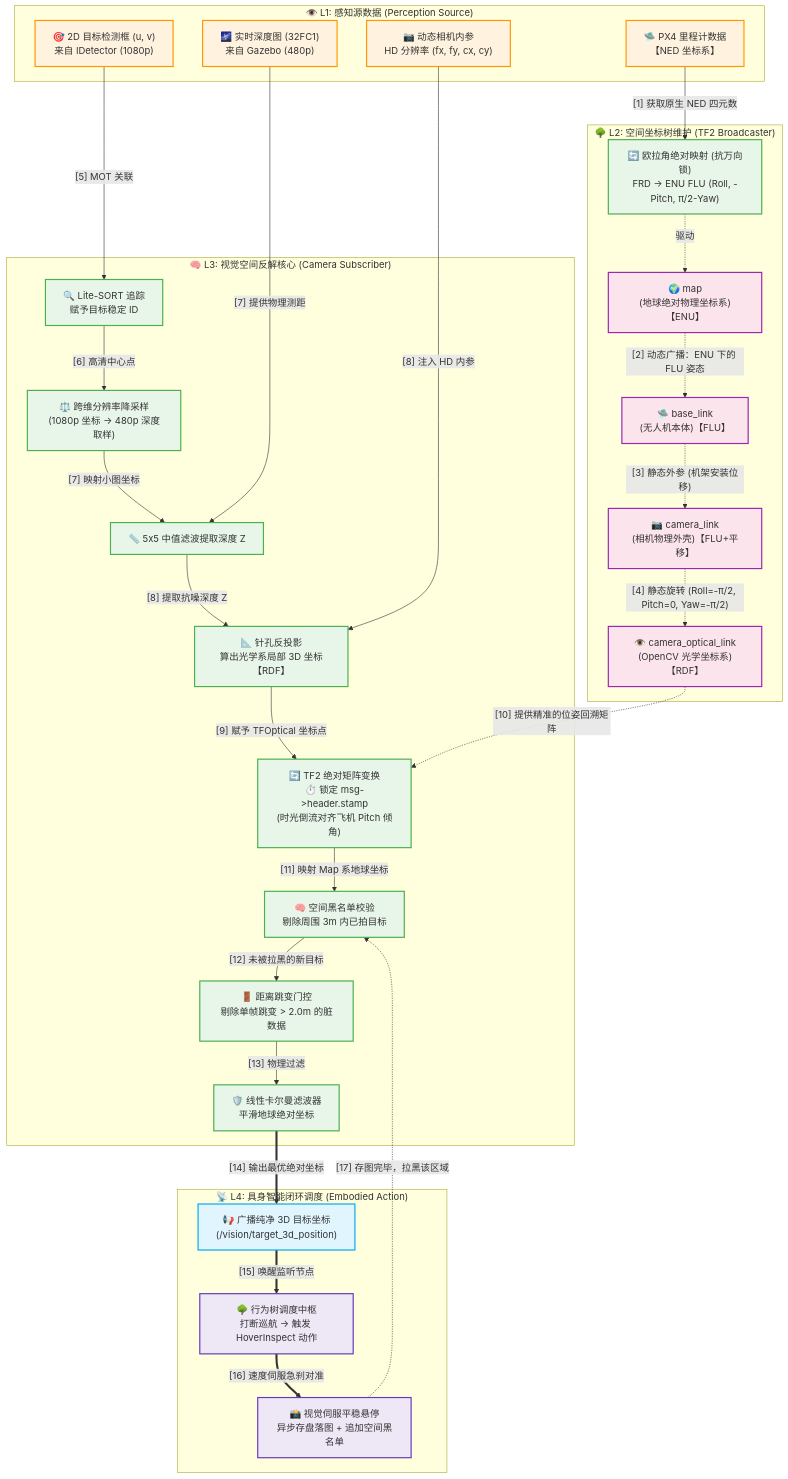
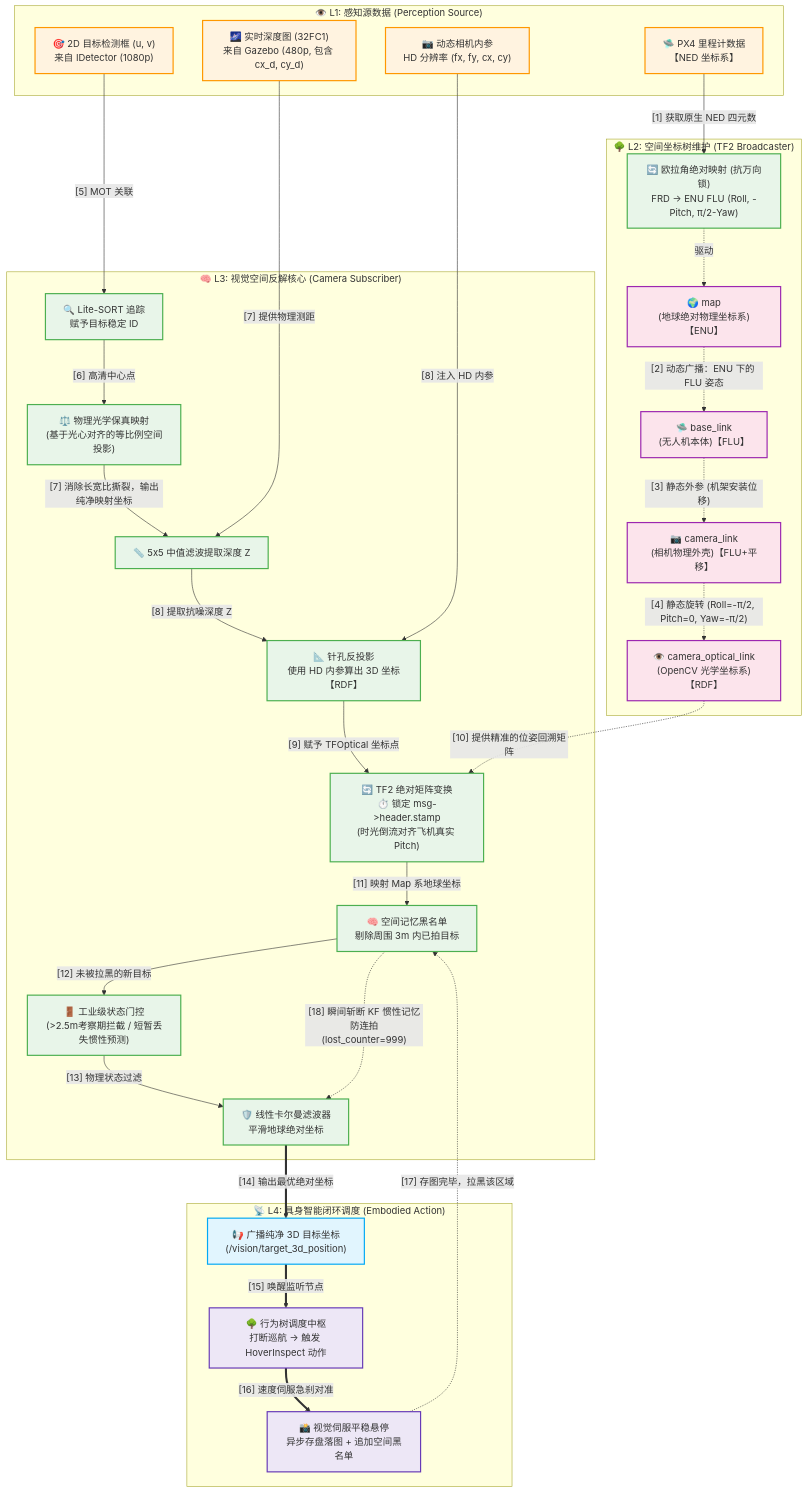
Before and after one commit to xinfangshi/uav_inspection_ros2: the fourth of 5 diagrams in README.md, drawn with Mermaid. The commit also changed other lines of this file and 3 other files, not shown here.

````diff
--- a/README.md
+++ b/README.md
@@ -147,68 +147,69 @@
 ```mermaid
 graph TD
     classDef data fill:#fff3e0,stroke:#ff9800,stroke-width:2px;
     classDef algo fill:#e8f5e9,stroke:#4caf50,stroke-width:2px;
     classDef tf fill:#fce4ec,stroke:#9c27b0,stroke-width:2px;
     classDef ros fill:#e1f5fe,stroke:#03a9f4,stroke-width:2px;
     classDef bt fill:#ede7f6,stroke:#673ab7,stroke-width:2px;
 
     subgraph "👁️ L1: 感知源数据 (Perception Source)"
         BBox["🎯 2D 目标检测框 (u, v)<br>来自 IDetector (1080p)"]:::data
-        DepthMap["🌌 实时深度图 (32FC1)<br>来自 Gazebo (480p)"]:::data
+        DepthMap["🌌 实时深度图 (32FC1)<br>来自 Gazebo (480p, 包含 cx_d, cy_d)"]:::data
         CamInfo["📷 动态相机内参<br>HD 分辨率 (fx, fy, cx, cy)"]:::data
         PX4Odom["🛸 PX4 里程计数据<br>【NED 坐标系】"]:::data
     end
 
     subgraph "🌳 L2: 空间坐标树维护 (TF2 Broadcaster)"
         NED2ENU["🔄 欧拉角绝对映射 (抗万向锁)<br>FRD → ENU FLU (Roll, -Pitch, π/2-Yaw)"]:::algo
         TFMap["🌍 map<br>(地球绝对物理坐标系)【ENU】"]:::tf
         TFBase["🛸 base_link<br>(无人机本体)【FLU】"]:::tf
         TFCamera["📷 camera_link<br>(相机物理外壳)【FLU+平移】"]:::tf
         TFOptical["👁️ camera_optical_link<br>(OpenCV 光学坐标系)【RDF】"]:::tf
         
         PX4Odom -->|"[1] 获取原生 NED 四元数"| NED2ENU
         
         TFMap -.->|"[2] 动态广播：ENU 下的 FLU 姿态"| TFBase
         NED2ENU -.->|"驱动"| TFMap
         
         TFBase -.->|"[3] 静态外参 (机架安装位移)"| TFCamera
         TFCamera -.->|"[4] 静态旋转 (Roll=-π/2, Pitch=0, Yaw=-π/2)"| TFOptical
     end
 
     subgraph "🧠 L3: 视觉空间反解核心 (Camera Subscriber)"
         LiteSORT["🔍 Lite-SORT 追踪<br>赋予目标稳定 ID"]:::algo
-        Rescale["⚖️ 跨维分辨率降采样<br>(1080p 坐标 → 480p 深度取样)"]:::algo
+        Rescale["⚖️ 物理光学保真映射<br>(基于光心对齐的等比例空间投影)"]:::algo
         MedianFilter["📏 5x5 中值滤波提取深度 Z"]:::algo
-        Pinhole["📐 针孔反投影<br>算出光学系局部 3D 坐标【RDF】"]:::algo
-        Transform["🔄 TF2 绝对矩阵变换<br>⏱️ 锁定 msg->header.stamp<br>(时光倒流对齐飞机 Pitch 倾角)"]:::algo
-        Blacklist["🧠 空间黑名单校验<br>剔除周围 3m 内已拍目标"]:::algo
-        Gating["🚪 距离跳变门控<br>剔除单帧跳变 > 2.0m 的脏数据"]:::algo
+        Pinhole["📐 针孔反投影<br>使用 HD 内参算出 3D 坐标【RDF】"]:::algo
+        Transform["🔄 TF2 绝对矩阵变换<br>⏱️ 锁定 msg->header.stamp<br>(时光倒流对齐飞机真实 Pitch)"]:::algo
+        Blacklist["🧠 空间记忆黑名单<br>剔除周围 3m 内已拍目标"]:::algo
+        Gating["🚪 工业级状态门控<br>(>2.5m考察期拦截 / 短暂丢失惯性预测)"]:::algo
         Kalman["🛡️ 线性卡尔曼滤波器<br>平滑地球绝对坐标"]:::algo
         
         BBox -->|"[5] MOT 关联"| LiteSORT
         LiteSORT -->|"[6] 高清中心点"| Rescale
-        Rescale -->|"[7] 映射小图坐标"| MedianFilter
+        Rescale -->|"[7] 消除长宽比撕裂，输出纯净映射坐标"| MedianFilter
         DepthMap -->|"[7] 提供物理测距"| MedianFilter
         
         MedianFilter -->|"[8] 提取抗噪深度 Z"| Pinhole
         CamInfo -->|"[8] 注入 HD 内参"| Pinhole
         
         Pinhole -->|"[9] 赋予 TFOptical 坐标点"| Transform
         TFOptical -.->|"[10] 提供精准的位姿回溯矩阵"| Transform
         
         Transform -->|"[11] 映射 Map 系地球坐标"| Blacklist
         Blacklist -->|"[12] 未被拉黑的新目标"| Gating
-        Gating -->|"[13] 物理过滤"| Kalman
+        Gating -->|"[13] 物理状态过滤"| Kalman
     end
 
     subgraph "📡 L4: 具身智能闭环调度 (Embodied Action)"
         Pub["📢 广播纯净 3D 目标坐标<br>(/vision/target_3d_position)"]:::ros
         BTNode["🌳 行为树调度中枢<br>打断巡航 -> 触发 HoverInspect 动作"]:::bt
         Snap["📸 视觉伺服平稳悬停<br>异步存盘落图 + 追加空间黑名单"]:::bt
         
         Kalman ==>|"[14] 输出最优绝对坐标"| Pub
         Pub ==>|"[15] 唤醒监听节点"| BTNode
         BTNode ==>|"[16] 速度伺服急刹对准"| Snap
         Snap -.->|"[17] 存图完毕，拉黑该区域"| Blacklist
+        Blacklist -.->|"[18] 瞬间斩断 KF 惯性记忆防连拍<br>(lost_counter=999)"| Kalman
     end
 ```
````
